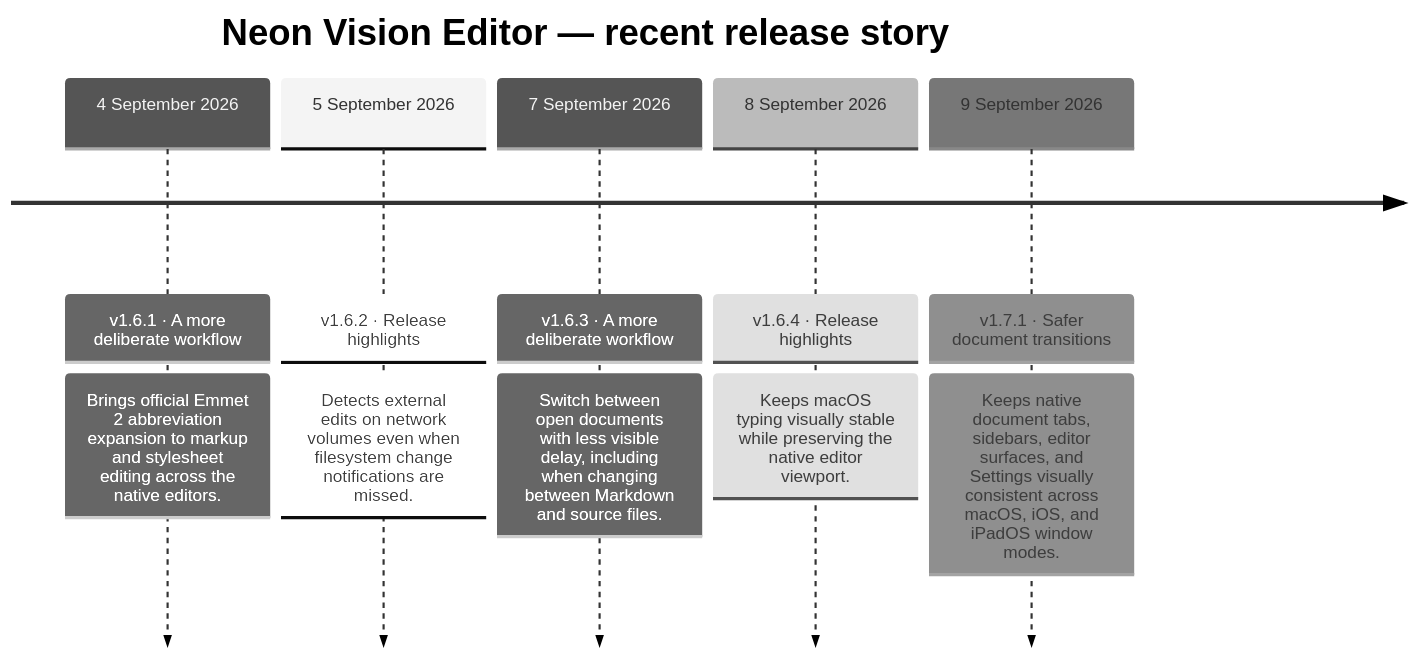
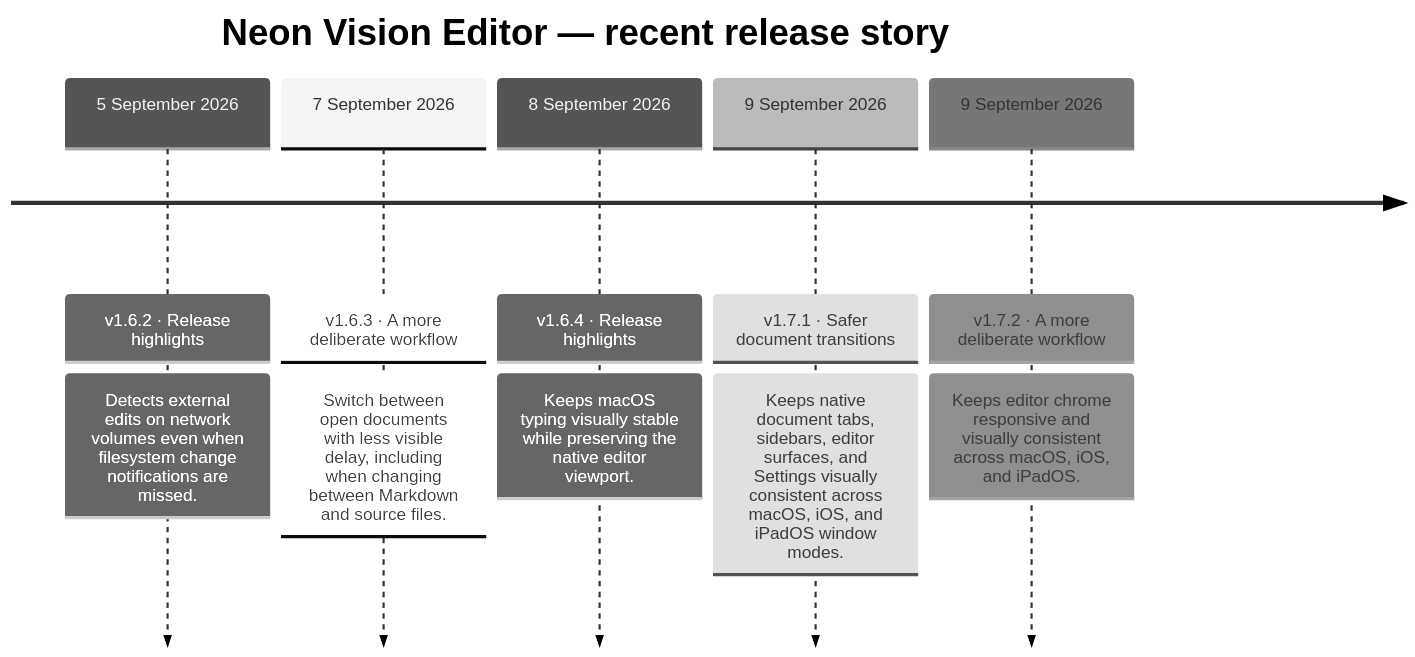
The diagram in README.md (h3pdesign/Neon-Vision-Editor), drawn with Mermaid (neutral theme) before and after one commit. The commit also changed other lines of this file and 9 other files, not shown here.

````diff
--- a/README.md
+++ b/README.md
@@ -739,14 +748,14 @@
 ```mermaid
 timeline
     title Neon Vision Editor — recent release story
-    4 September 2026 : v1.6.1 · A more deliberate workflow
-                : Brings official Emmet 2 abbreviation expansion to markup and stylesheet editing across the native editors.
     5 September 2026 : v1.6.2 · Release highlights
                 : Detects external edits on network volumes even when filesystem change notifications are missed.
     7 September 2026 : v1.6.3 · A more deliberate workflow
                 : Switch between open documents with less visible delay, including when changing between Markdown and source files.
     8 September 2026 : v1.6.4 · Release highlights
                 : Keeps macOS typing visually stable while preserving the native editor viewport.
     9 September 2026 : v1.7.1 · Safer document transitions
                 : Keeps native document tabs, sidebars, editor surfaces, and Settings visually consistent across macOS, iOS, and iPadOS window modes.
+    9 September 2026 : v1.7.2 · A more deliberate workflow
+                : Keeps editor chrome responsive and visually consistent across macOS, iOS, and iPadOS.
 ```
````
